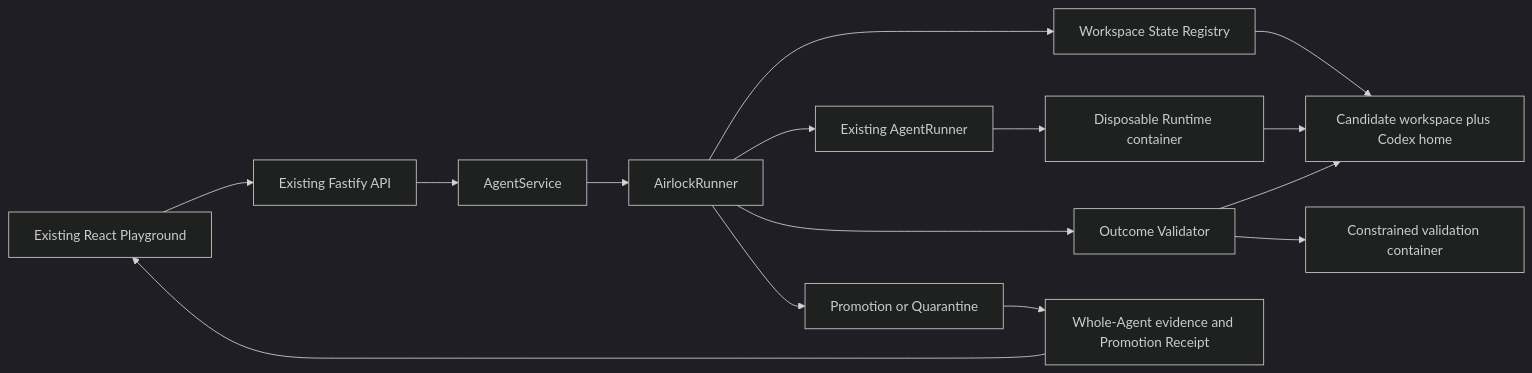
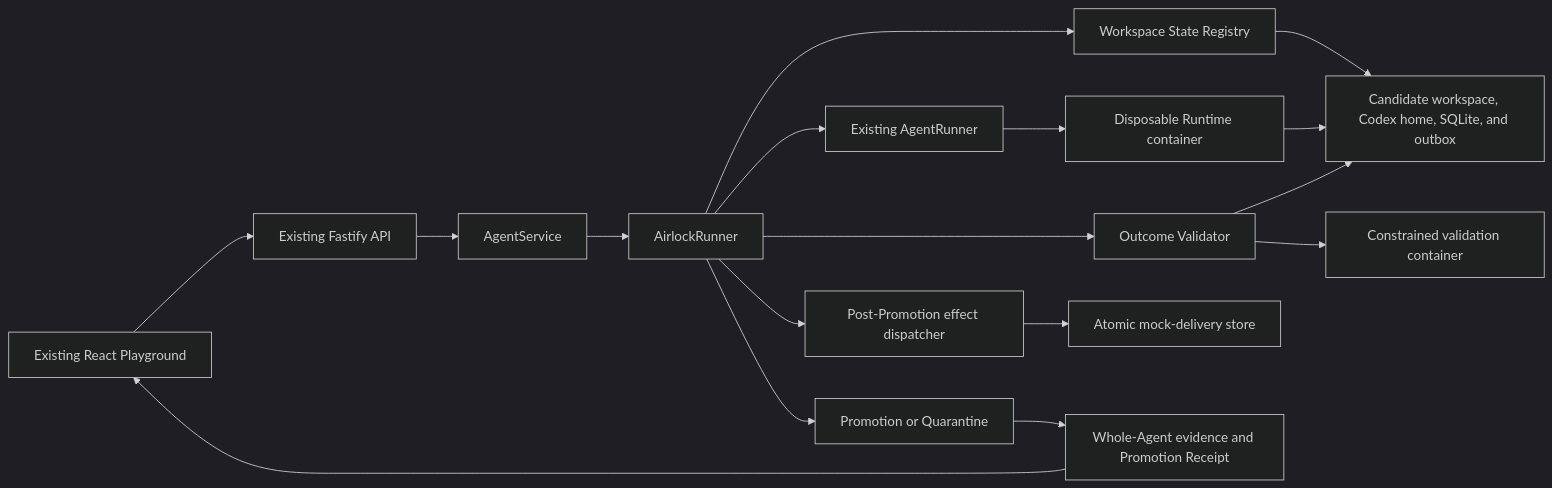
The first of 2 diagrams in docs/architecture/agent-airlock.md (Kk120306/agent-airlock), drawn with Mermaid (dark theme) before and after one commit. The commit also changed other lines of this file and 35 other files, not shown here.

````diff
--- a/docs/architecture/agent-airlock.md
+++ b/docs/architecture/agent-airlock.md
@@ -16,17 +16,19 @@
 ```mermaid
 flowchart LR
     UI["Existing React Playground"] --> API["Existing Fastify API"]
     API --> AS["AgentService"]
     AS --> AR["AirlockRunner"]
     AR --> SR["Workspace State Registry"]
-    SR --> CS["Candidate workspace plus Codex home"]
+    SR --> CS["Candidate workspace, Codex home, SQLite, and outbox"]
     AR --> RR["Existing AgentRunner"]
     RR --> RC["Disposable Runtime container"]
     RC --> CS
     AR --> VE["Outcome Validator"]
+    AR --> ED["Post-Promotion effect dispatcher"]
+    ED --> MS["Atomic mock-delivery store"]
     VE --> VC["Constrained validation container"]
     VE --> CS
     AR --> PR["Promotion or Quarantine"]
     PR --> ST["Whole-Agent evidence and Promotion Receipt"]
     ST --> UI
 ```
````
